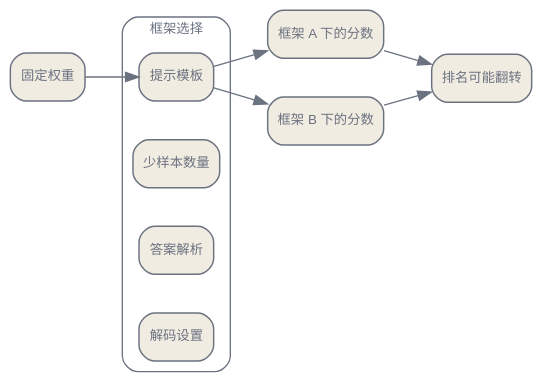
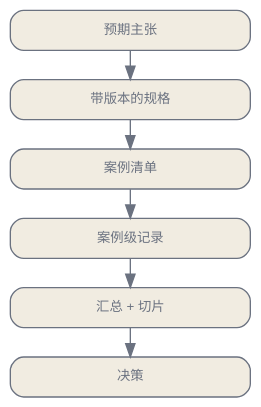
The diagram in zh/evaluation/01-benchmarks.qmd (latere-ai/ai-as-an-infrastructure), drawn with Graphviz before and after one commit. The commit also changed other lines of this file and 3 other files, not shown here.

````diff
--- a/zh/evaluation/01-benchmarks.qmd
+++ b/zh/evaluation/01-benchmarks.qmd
@@ -142,32 +69,24 @@
 ```{dot}
-//| label: fig-benchmarks-harness
-//| fig-cap: "为什么一个基准分数是模型与其框架二者合一的属性。固定的权重穿过未标准化的框架选择，于是同一个模型能给出不同的分数，而排名可能在各实验室之间翻转。"
+//| label: fig-benchmarks-contract
+//| fig-cap: "基准结果从预期主张开始。带版本的规格控制案例如何执行；不可修改的案例级记录为汇总、审计和决策提供依据。"
 digraph {
   bgcolor="transparent";
-  rankdir=LR;
-  nodesep=0.4; ranksep=0.5;
-  node [shape=box, style="rounded,filled", fontname="Helvetica", fontsize=10, color="#6b7280", fontcolor="#6b7280", fillcolor="#f1ece1", penwidth=1.1];
-  edge [fontsize=10, fontname="Helvetica", color="#6b7280", fontcolor="#6b7280"];
+  rankdir=TB;
+  nodesep=0.25; ranksep=0.3;
+  node [shape=box, style="rounded,filled", fixedsize=true, width=2.5, height=0.42, fontname="Helvetica", fontsize=10, color="#6b7280", fontcolor="#6b7280", fillcolor="#f1ece1", margin="0.08,0.05"];
+  edge [fontname="Helvetica", fontsize=9, color="#6b7280", fontcolor="#6b7280"];
 
-  W [label="固定权重"];
-  subgraph cluster_H {
-    label="框架选择";
-    style=rounded;
-    color="#6b7280";
-    fontcolor="#6b7280";
-    fontsize=10;
-    P [label="提示模板"];
-    F [label="少样本数量"];
-    A [label="答案解析"];
-    D [label="解码设置"];
-  }
-  W -> P;
-  S1 [label="框架 A 下的分数"];
-  S2 [label="框架 B 下的分数"];
-  P -> S1;
-  P -> S2;
-  S1 -> R;
-  S2 -> R;
-  R [label="排名可能翻转"];
+  C [label="预期主张"];
+  S [label="带版本的规格"];
+  I [label="案例清单"];
+  R [label="案例级记录"];
+  A [label="汇总 + 切片"];
+  D [label="决策"];
+
+  C -> S;
+  S -> I;
+  I -> R;
+  R -> A;
+  A -> D;
 }
 ```
````
